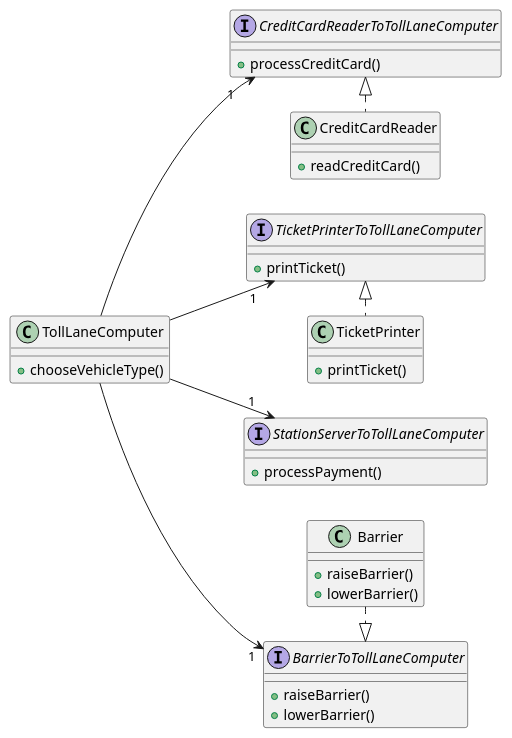
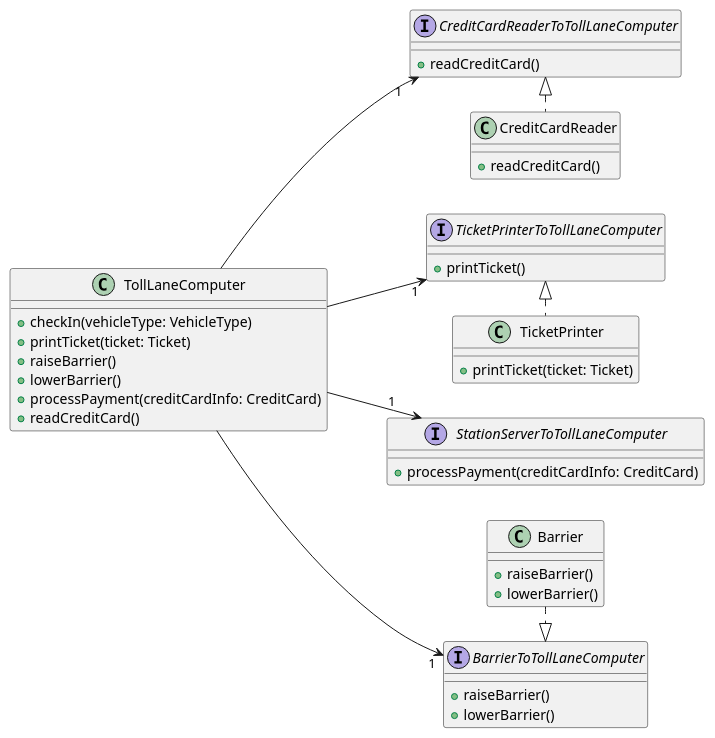
Before and after one commit to twm23/Final_Project: the diagram in class_diagram/toll_lane.puml, drawn with PlantUML. The commit also changed 3 other files, not shown here.

```diff
--- a/class_diagram/toll_lane.puml
+++ b/class_diagram/toll_lane.puml
@@ -1,54 +1,60 @@
 @startuml
 left to right direction
 
 class TollLaneComputer {
-    {method} +chooseVehicleType()
+    {method} +checkIn(vehicleType: VehicleType)
+    {method} +printTicket(ticket: Ticket)
+    {method} +raiseBarrier()
+    {method} +lowerBarrier()
+    {method} +processPayment(creditCardInfo: CreditCard)
+    {method} +readCreditCard()
 }
+
 
 ' class StationServer {
 '     {method} +processCreditCardPayment()
 ' }
 
-' class EnterpriseServer {
+' class EnterpriseServer { 
 '     {method} +processPayment()
 ' }
 
 class TicketPrinter { 
-    {method} +printTicket()
+    {method} +printTicket(ticket: Ticket)
 }
 
 class Barrier {
     {method} +raiseBarrier()
     {method} +lowerBarrier()
 }
 
 class CreditCardReader {
     {method} +readCreditCard()
 }
  
 interface TicketPrinterToTollLaneComputer {
     {method} +printTicket()
 }
 
 interface BarrierToTollLaneComputer {
     {method} +raiseBarrier()
     {method} +lowerBarrier()
 }
 
 interface StationServerToTollLaneComputer {
-    {method} +processPayment()
+    {method} +processPayment(creditCardInfo: CreditCard)
 }
 
 interface CreditCardReaderToTollLaneComputer {
-    {method} +processCreditCard()
+    {method} +readCreditCard()
 }
 
 TicketPrinter .l.|> TicketPrinterToTollLaneComputer
 Barrier .r.|> BarrierToTollLaneComputer
 CreditCardReader .l.|> CreditCardReaderToTollLaneComputer
 TollLaneComputer --> "1" CreditCardReaderToTollLaneComputer
 TollLaneComputer --> "1" BarrierToTollLaneComputer
 TollLaneComputer --> "1" TicketPrinterToTollLaneComputer
 TollLaneComputer  --> "1" StationServerToTollLaneComputer
 
 @enduml 
```
